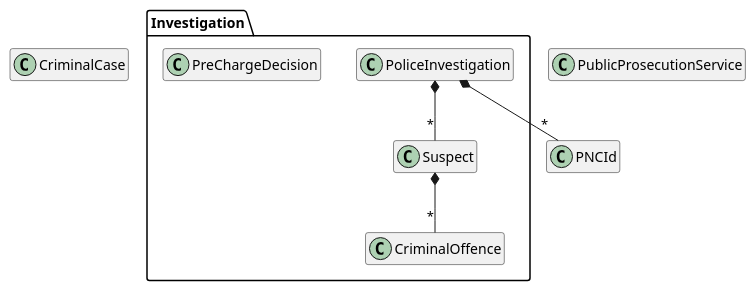
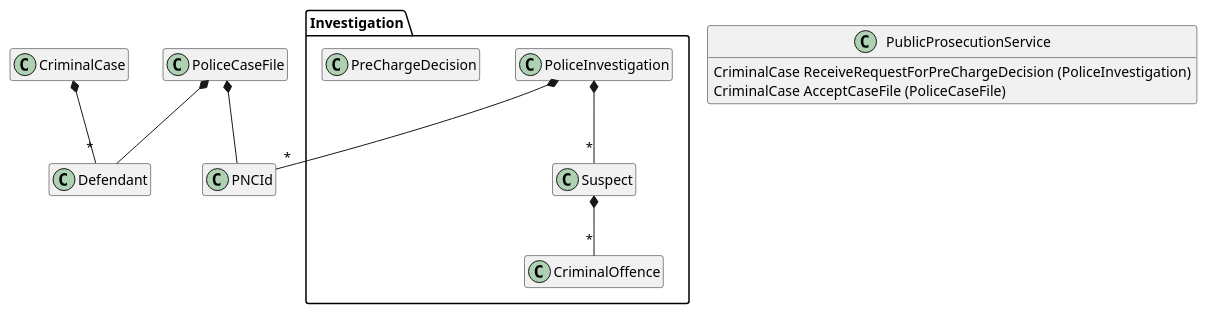
Before and after one commit to First-Steps-in-DDD-Community/first-steps-in-ddd-solutions-dotnet: the diagram in docs/Domain-Model.puml, drawn with PlantUML.

Commit message:
Exercise 4 - DOCS - Update the diagram to show new Defendant and PoliceCaseFile classes plus relationships, as well as methods for PublicProsecutionService and fixing CriminalCase to point to Defendant.

```diff
--- a/docs/Domain-Model.puml
+++ b/docs/Domain-Model.puml
@@ -1,36 +1,50 @@
 @startuml
 hide empty members
 hide empty methods
 
 package Investigation {
 
     class CriminalOffence {
     }
 
     class PoliceInvestigation {
     }
 
     class PreChargeDecision {
     }
 
     class Suspect {
     }
 
 }
 
 class CriminalCase {
 }
 
+class Defendant {
+}
+
 class PNCId {
 }
 
+class PoliceCaseFile {
+}
+
 class PublicProsecutionService {
+    CriminalCase ReceiveRequestForPreChargeDecision (PoliceInvestigation)
+    CriminalCase AcceptCaseFile (PoliceCaseFile)
 }
 
 Suspect *-- "*" CriminalOffence
+
+PoliceCaseFile *-- PNCId
+
+PoliceCaseFile *-- Defendant
 
 PoliceInvestigation *-- "*" Suspect
 
 PoliceInvestigation *-- "*" PNCId
 
+CriminalCase *-- "*" Defendant
+
 @enduml
```
